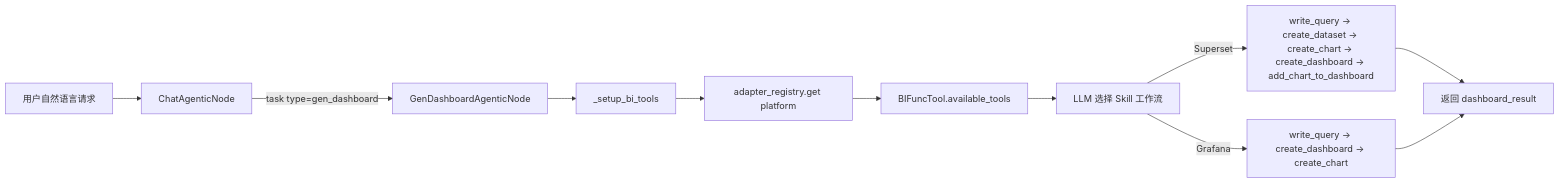
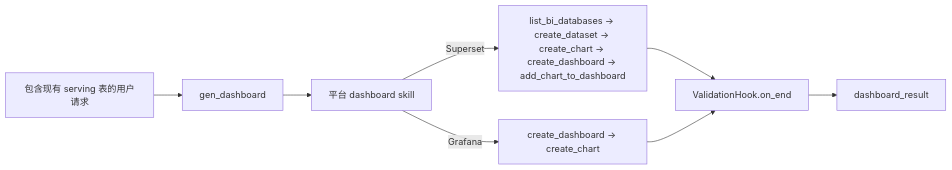
Before and after one commit to astenir/datus: the diagram in datus-agent/docs/subagent/gen_dashboard.zh.md, drawn with Mermaid. The commit also changed other lines of this file and 69 other files, not shown here.

````diff
--- a/datus-agent/docs/subagent/gen_dashboard.zh.md
+++ b/datus-agent/docs/subagent/gen_dashboard.zh.md
@@ -36,13 +42,10 @@
 ```mermaid
 graph LR
-    A[用户自然语言请求] --> B[ChatAgenticNode]
-    B -->|task type=gen_dashboard| C[GenDashboardAgenticNode]
-    C --> D[_setup_bi_tools]
-    D --> E[adapter_registry.get platform]
-    E --> F[BIFuncTool.available_tools]
-    F --> G[LLM 选择 Skill 工作流]
-    G -->|Superset| H[write_query → create_dataset → create_chart → create_dashboard → add_chart_to_dashboard]
-    G -->|Grafana| I[write_query → create_dashboard → create_chart]
-    H --> J[返回 dashboard_result]
-    I --> J
+    A[包含现有 serving 表的用户请求] --> B[gen_dashboard]
+    B --> H[平台 dashboard skill]
+    H -->|Superset| I[list_bi_databases → create_dataset → create_chart → create_dashboard → add_chart_to_dashboard]
+    H -->|Grafana| J[create_dashboard → create_chart]
+    I --> K[ValidationHook.on_end]
+    J --> K
+    K --> L[dashboard_result]
 ```
````
